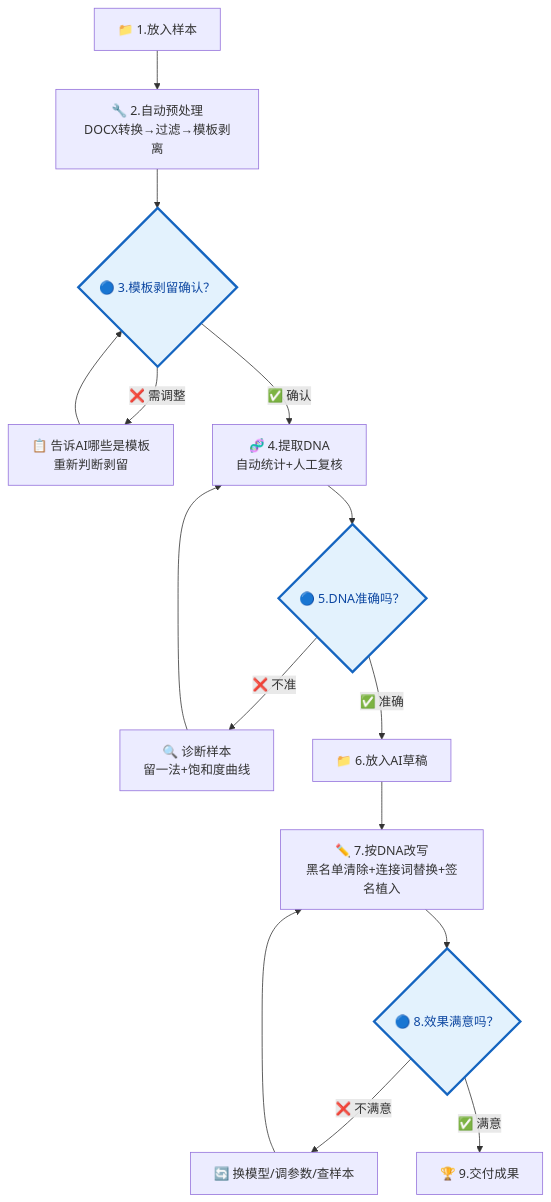
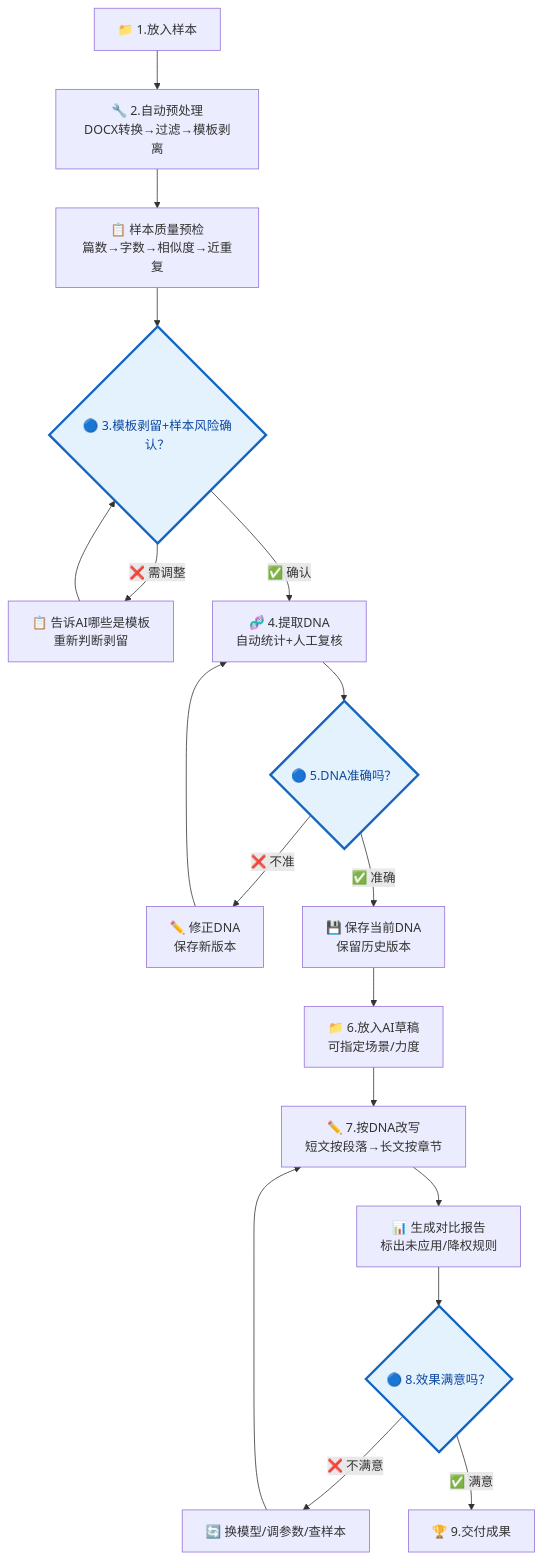
The diagram in README.md (dvdxfv/skill-writing-dna), drawn with Mermaid before and after one commit. The commit also changed other lines of this file and 3 other files, not shown here.

````diff
--- a/README.md
+++ b/README.md
@@ -74,21 +93,24 @@
 ```mermaid
 flowchart TD
     A["📁 1.放入样本"] --> B["🔧 2.自动预处理<br/>DOCX转换→过滤→模板剥离"]
-    B --> C{"🔵 3.模板剥留确认？"}
+    B --> B2["📋 样本质量预检<br/>篇数→字数→相似度→近重复"]
+    B2 --> C{"🔵 3.模板剥留+样本风险确认？"}
     C -->|❌ 需调整| B1["📋 告诉AI哪些是模板<br/>重新判断剥留"]
     B1 --> C
     C -->|✅ 确认| D["🧬 4.提取DNA<br/>自动统计+人工复核"]
     D --> E{"🔵 5.DNA准确吗？"}
-    E -->|❌ 不准| E1["🔍 诊断样本<br/>留一法+饱和度曲线"]
+    E -->|❌ 不准| E1["✏️ 修正DNA<br/>保存新版本"]
     E1 --> D
-    E -->|✅ 准确| F["📁 6.放入AI草稿"]
-    F --> G["✏️ 7.按DNA改写<br/>黑名单清除+连接词替换+签名植入"]
-    G --> H{"🔵 8.效果满意吗？"}
+    E -->|✅ 准确| E2["💾 保存当前DNA<br/>保留历史版本"]
+    E2 --> F["📁 6.放入AI草稿<br/>可指定场景/力度"]
+    F --> G["✏️ 7.按DNA改写<br/>短文按段落→长文按章节"]
+    G --> G2["📊 生成对比报告<br/>标出未应用/降权规则"]
+    G2 --> H{"🔵 8.效果满意吗？"}
     H -->|❌ 不满意| I["🔄 换模型/调参数/查样本"]
     I --> G
     H -->|✅ 满意| J["🏆 9.交付成果"]
 
     style C fill:#e3f2fd,stroke:#1565c0,stroke-width:3px,color:#0d47a1
     style E fill:#e3f2fd,stroke:#1565c0,stroke-width:3px,color:#0d47a1
     style H fill:#e3f2fd,stroke:#1565c0,stroke-width:3px,color:#0d47a1
 ```
````
